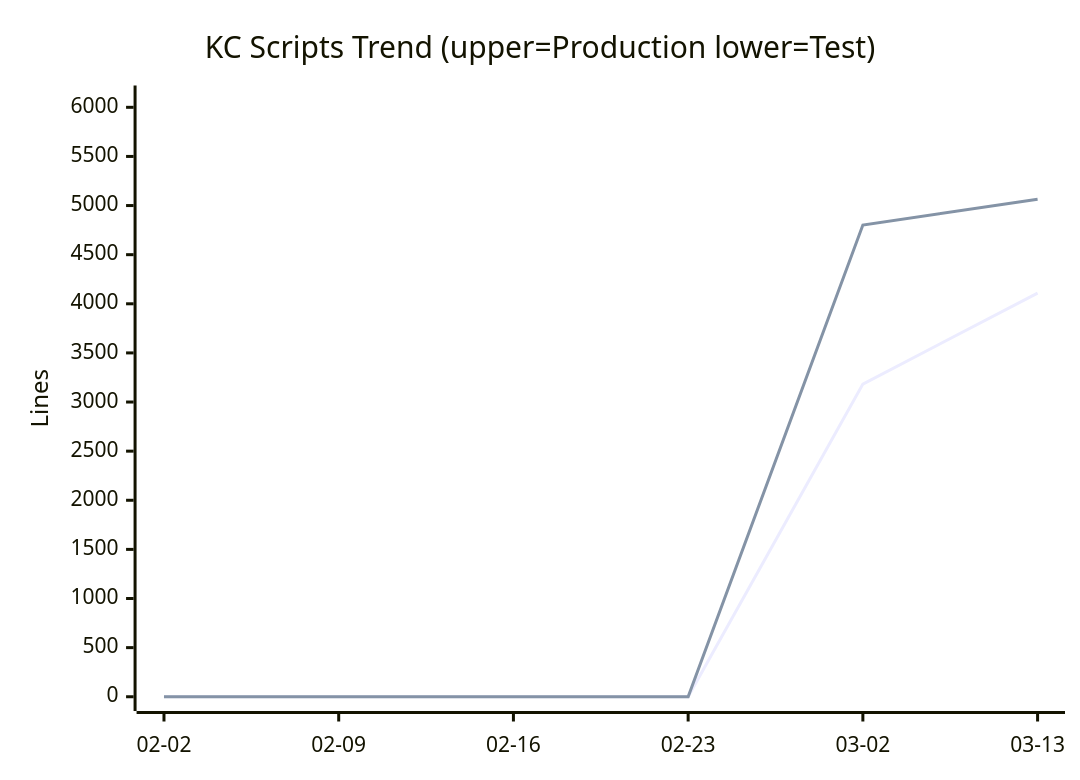
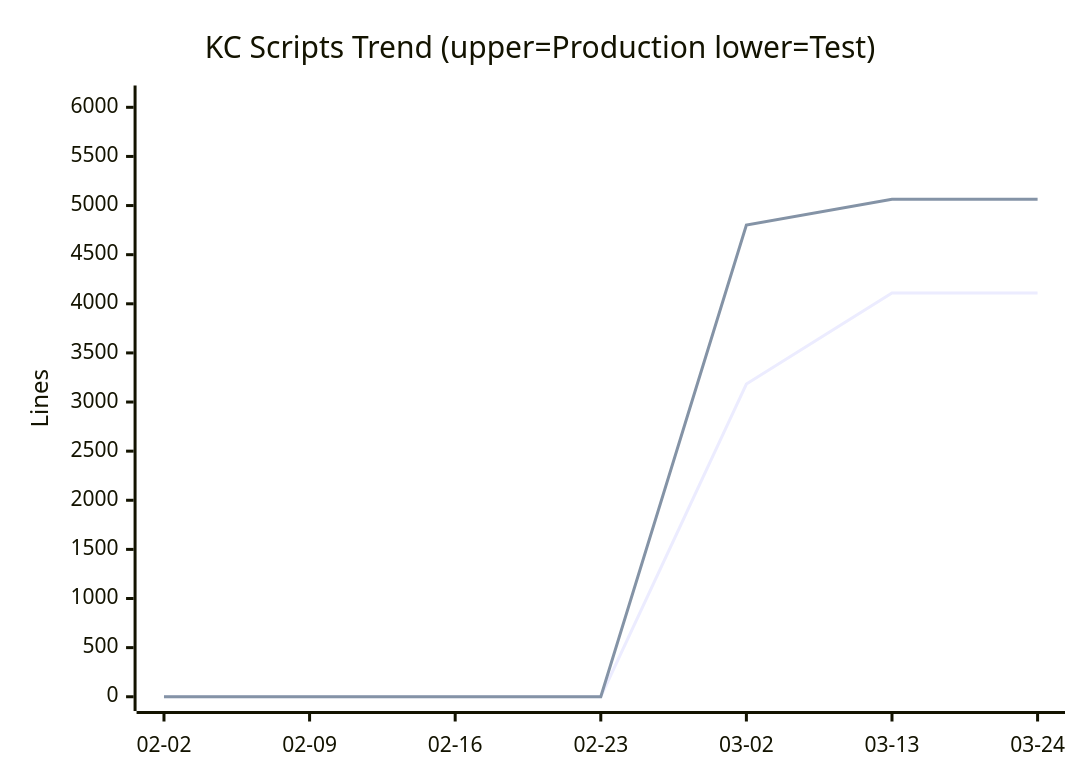
Before and after one commit to nablarch/nabledge-dev: diagram 11 of 11 in docs/metrics.md, drawn with Mermaid. The commit also changed other lines of this file, not shown here.

````diff
--- a/docs/metrics.md
+++ b/docs/metrics.md
@@ -121,8 +121,8 @@
 ```mermaid
 xychart-beta
   title "KC Scripts Trend (upper=Production  lower=Test)"
-  x-axis ["02-02", "02-09", "02-16", "02-23", "03-02", "03-13"]
+  x-axis ["02-02", "02-09", "02-16", "02-23", "03-02", "03-13", "03-24"]
   y-axis "Lines" 0 --> 6077
-  line [0, 0, 0, 0, 3183, 4109]
-  line [0, 0, 0, 0, 4802, 5064]
+  line [0, 0, 0, 0, 3183, 4109, 4109]
+  line [0, 0, 0, 0, 4802, 5064, 5064]
 ```
````
